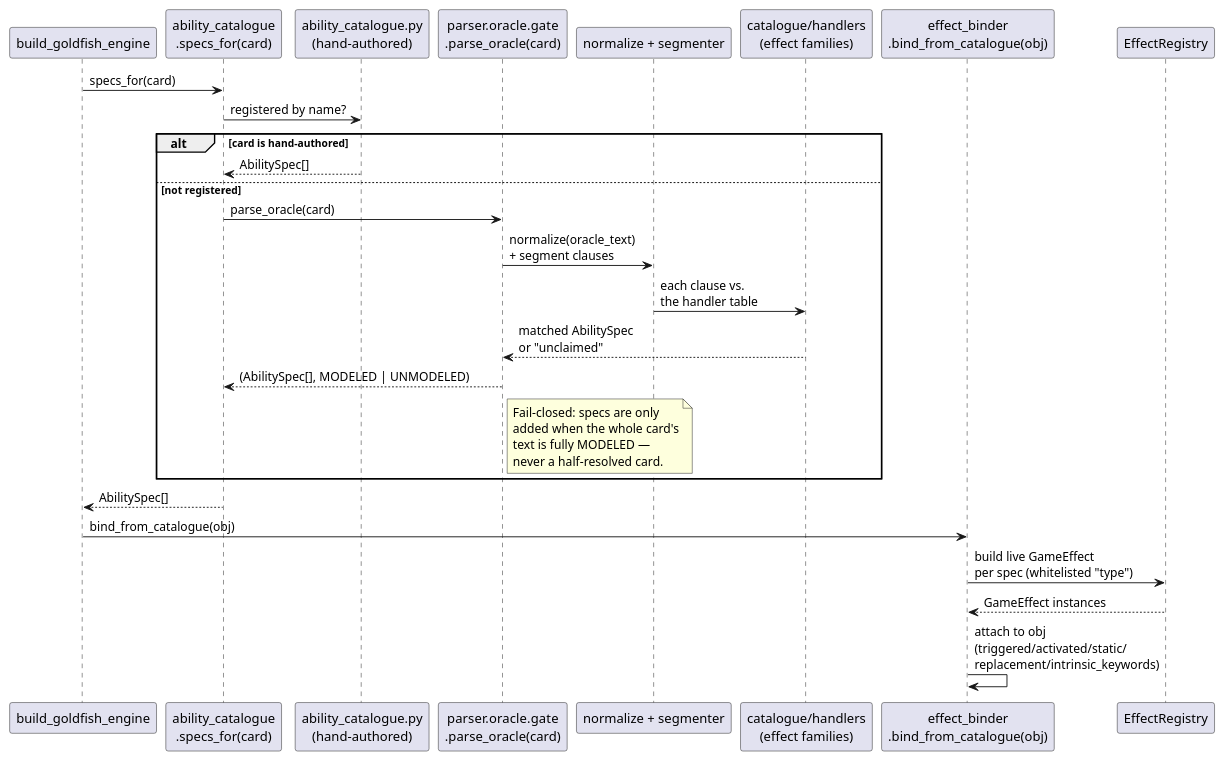
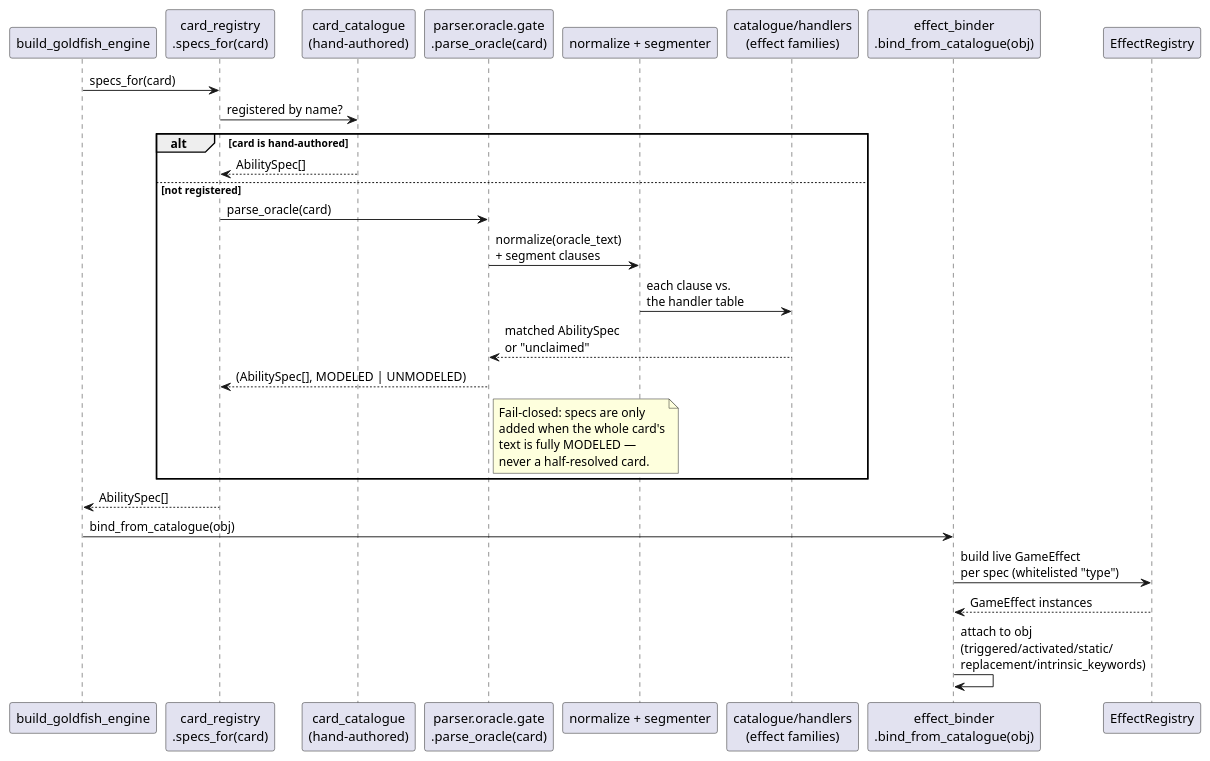
Before and after one commit to BXOrange/MTG_DeckLab: the fourth of 5 diagrams in docs/concepts/12_ARCHITECTURE_DIAGRAMS.md, drawn with PlantUML. The commit also changed other lines of this file and 1290 other files, not shown here.

````diff
--- a/docs/concepts/12_ARCHITECTURE_DIAGRAMS.md
+++ b/docs/concepts/12_ARCHITECTURE_DIAGRAMS.md
@@ -231,36 +231,36 @@
 ```plantuml
 @startuml
 skinparam backgroundColor transparent
 participant "build_goldfish_engine" as Build
-participant "ability_catalogue\n.specs_for(card)" as Specs
-participant "ability_catalogue.py\n(hand-authored)" as Catalogue
+participant "card_registry\n.specs_for(card)" as Specs
+participant "card_catalogue\n(hand-authored)" as Catalogue
 participant "parser.oracle.gate\n.parse_oracle(card)" as Gate
 participant "normalize + segmenter" as Front
 participant "catalogue/handlers\n(effect families)" as Handlers
 participant "effect_binder\n.bind_from_catalogue(obj)" as Binder
 participant "EffectRegistry" as Registry
 
 Build -> Specs : specs_for(card)
 Specs -> Catalogue : registered by name?
 alt card is hand-authored
   Catalogue --> Specs : AbilitySpec[]
 else not registered
   Specs -> Gate : parse_oracle(card)
   Gate -> Front : normalize(oracle_text)\n+ segment clauses
   Front -> Handlers : each clause vs.\nthe handler table
   Handlers --> Gate : matched AbilitySpec\nor "unclaimed"
   Gate --> Specs : (AbilitySpec[], MODELED | UNMODELED)
   note right of Gate
     Fail-closed: specs are only
     added when the whole card's
     text is fully MODELED —
     never a half-resolved card.
   end note
 end
 Specs --> Build : AbilitySpec[]
 Build -> Binder : bind_from_catalogue(obj)
 Binder -> Registry : build live GameEffect\nper spec (whitelisted "type")
 Registry --> Binder : GameEffect instances
 Binder -> Binder : attach to obj\n(triggered/activated/static/\nreplacement/intrinsic_keywords)
 @enduml
 ```
````
